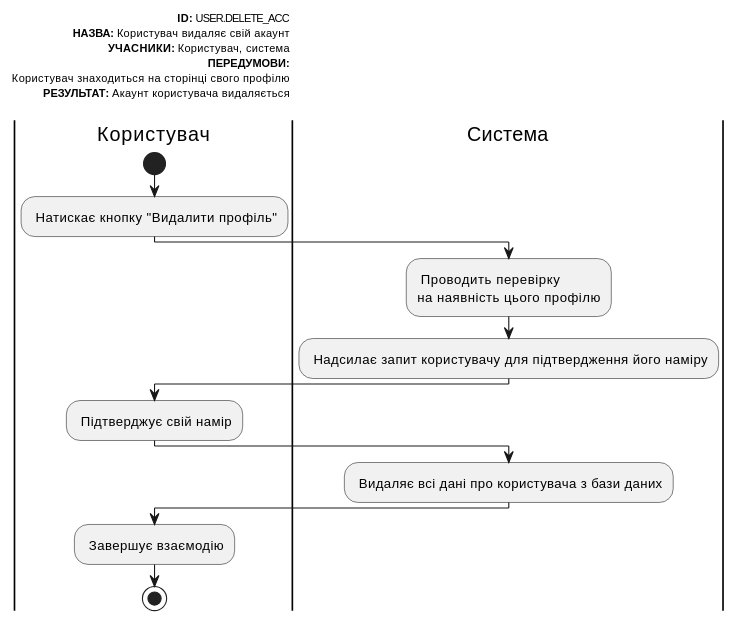
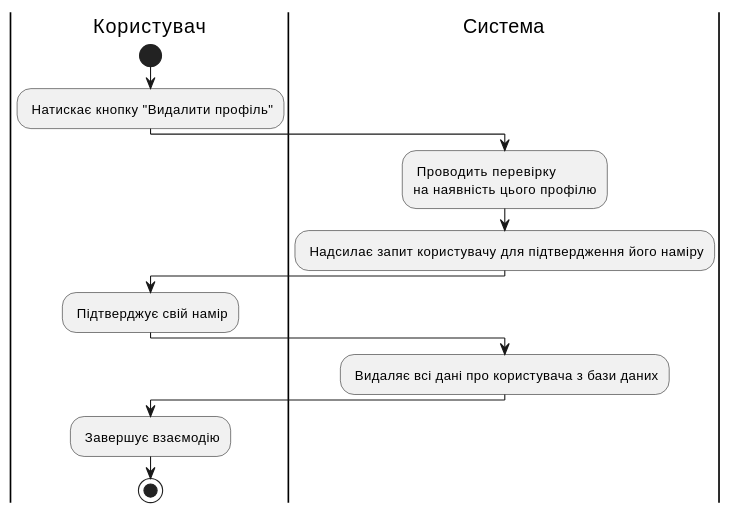
Before and after one commit to michigang1/ImForms: diagram 12 of 22 in docs/use cases/README.md, drawn with PlantUML. The commit also changed other lines of this file, not shown here.

```diff
--- a/docs/use cases/README.md
+++ b/docs/use cases/README.md
@@ -393,30 +414,21 @@
 @startuml
-left header
-<font color=000 size=10><b>ID:</b> USER.DELETE_ACC
-<font color=000 size=10><b>НАЗВА:</b> Користувач видаляє свій акаунт
-<font color=000 size=10><b>УЧАСНИКИ:</b> Користувач, система  
-<font color=000 size=10><b>ПЕРЕДУМОВИ:</b>
-<font color=000 size=10> Користувач знаходиться на сторінці свого профілю
-<font color=000 size=10><b>РЕЗУЛЬТАТ:</b> Акаунт користувача видаляється
-
-end header
 
 |Користувач|
 start
 : Натискає кнопку "Видалити профіль";
 |Система|
 : Проводить перевірку
 на наявність цього профілю;
 
         : Надсилає запит користувачу для підтвердження його наміру;
 
 |Користувач|
 : Підтверджує свій намір;
 
 |Система|
 : Видаляє всі дані про користувача з бази даних;
 
 |Користувач|
 : Завершує взаємодію;
 stop;
 @enduml
```
